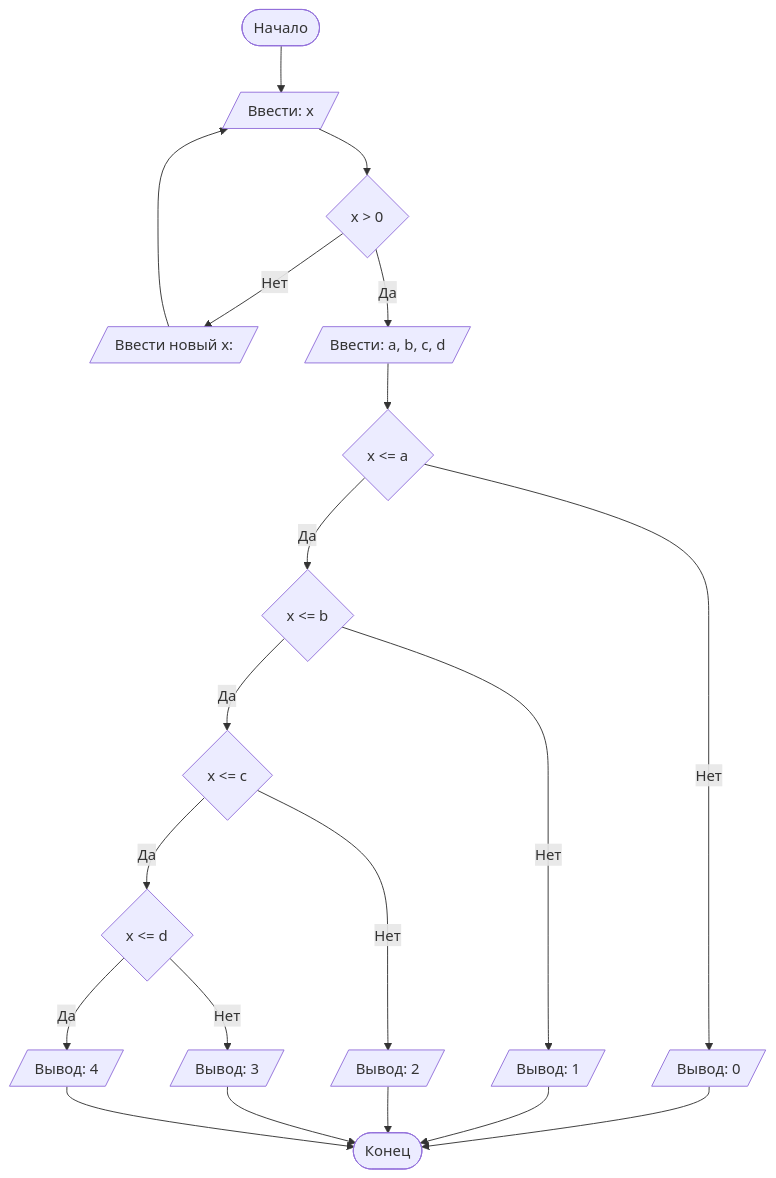
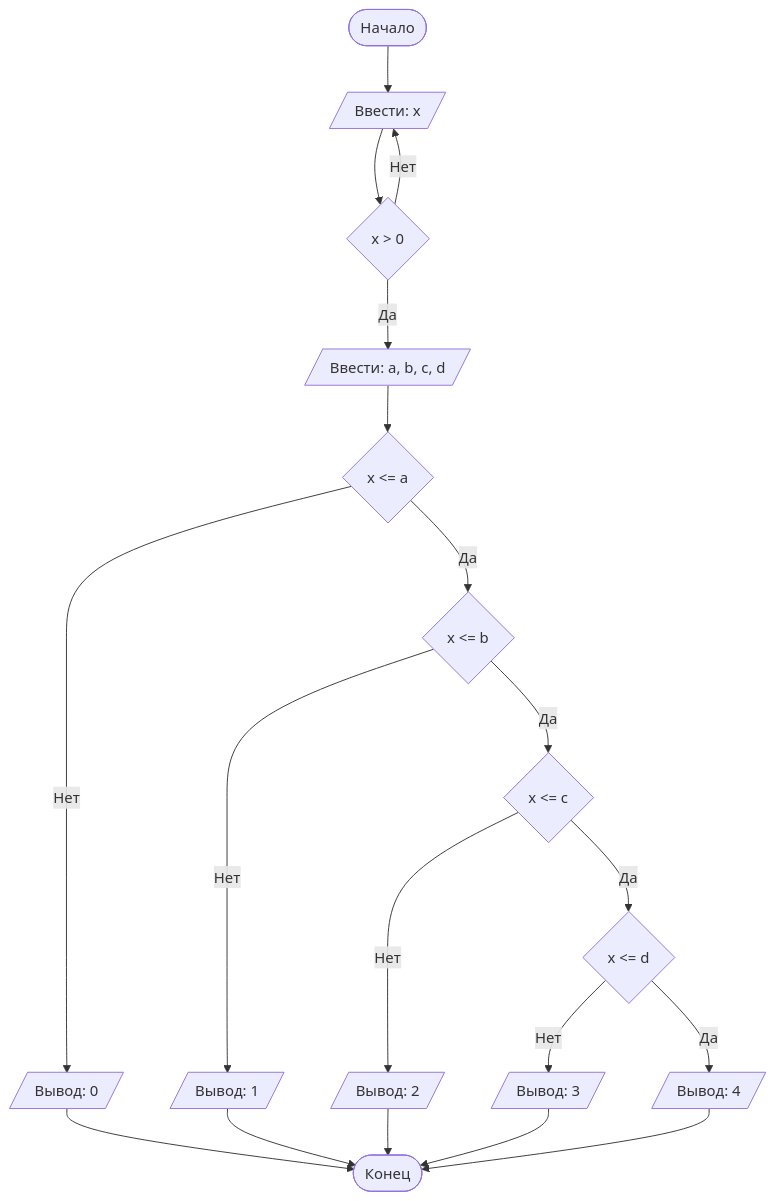
The diagram in README.md (abihuf/lab1), drawn with Mermaid before and after one commit.

````diff
--- a/README.md
+++ b/README.md
@@ -94,23 +94,22 @@
 ```mermaid
 graph TD
     A([Начало]) --> B[/Ввести: x/]
     B --> L{x > 0}
-    L -- Нет --> M[/Ввести новый x:/]
-    M --> B
+    L -- Нет --> B
     L -- Да --> N[/Ввести: a, b, c, d/]
     N --> C{x <= a}
     C -- Нет --> D[/Вывод: 0/]
     D --> Z([Конец])
     C -- Да --> E{x <= b}
     E -- Нет --> F[/Вывод: 1/]
     F --> Z([Конец])
     E -- Да --> G{x <= c}
     G -- Нет --> H[/Вывод: 2/]
     H --> Z([Конец])
     G -- Да --> I{x <= d}
     I -- Нет --> J[/Вывод: 3/]
     J --> Z([Конец])
     I -- Да --> K[/Вывод: 4/]
     K --> Z([Конец])
 
 ```
````
